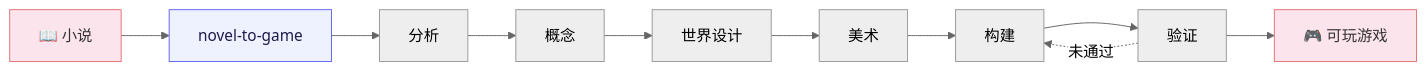
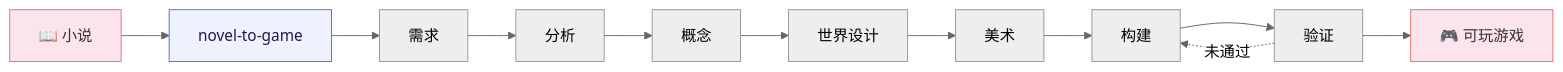
One commit to worldwonderer/novel-to-game changed the diagram in README.md. Above: the diagram before and after it, drawn with Mermaid (neutral theme). The commit also changed other lines of this file and 11 other files, not shown here.

````diff
--- a/README.md
+++ b/README.md
@@ -21,9 +21,9 @@
 ```mermaid
 flowchart LR
     classDef io fill:#fce4ec,color:#333,stroke:#e57373,stroke-width:1px
     classDef orch fill:#eef2ff,color:#1e1b4b,stroke:#6366f1,stroke-width:1px
 
     novel["📖 小说"]:::io --> orch["novel-to-game"]:::orch
-    orch --> 分析 --> 概念 --> 世界设计 --> 美术 --> 构建 --> 验证 --> game["🎮 可玩游戏"]:::io
+    orch --> 需求 --> 分析 --> 概念 --> 世界设计 --> 美术 --> 构建 --> 验证 --> game["🎮 可玩游戏"]:::io
     验证 -.->|未通过| 构建
 ```
````
